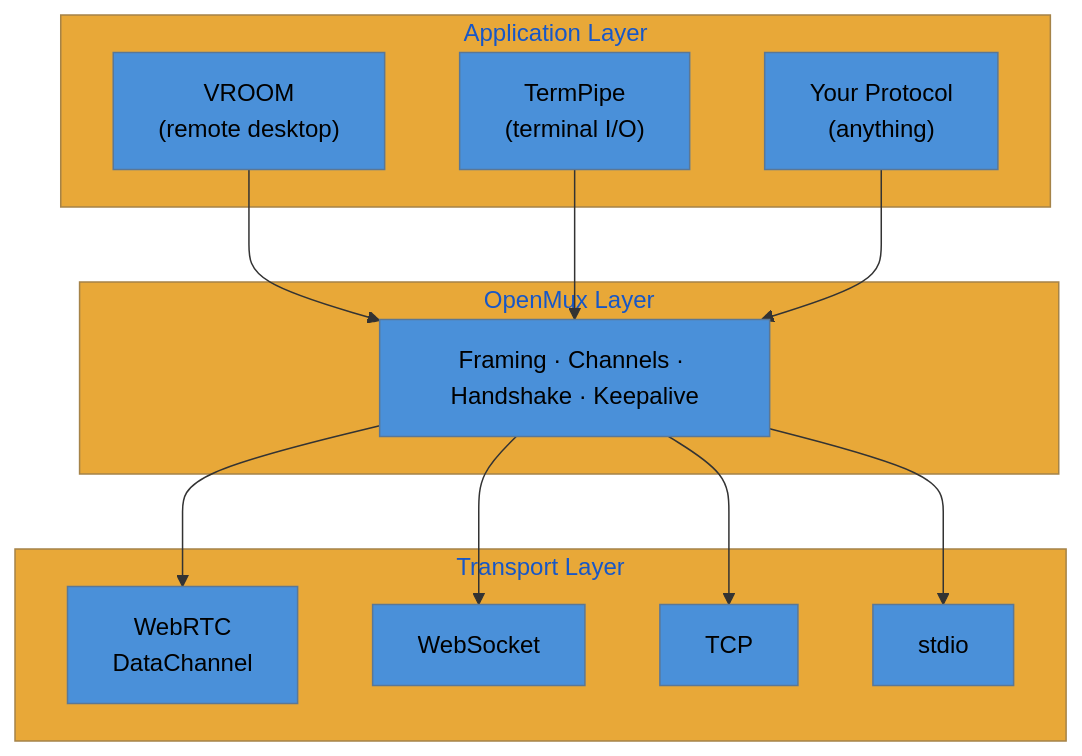
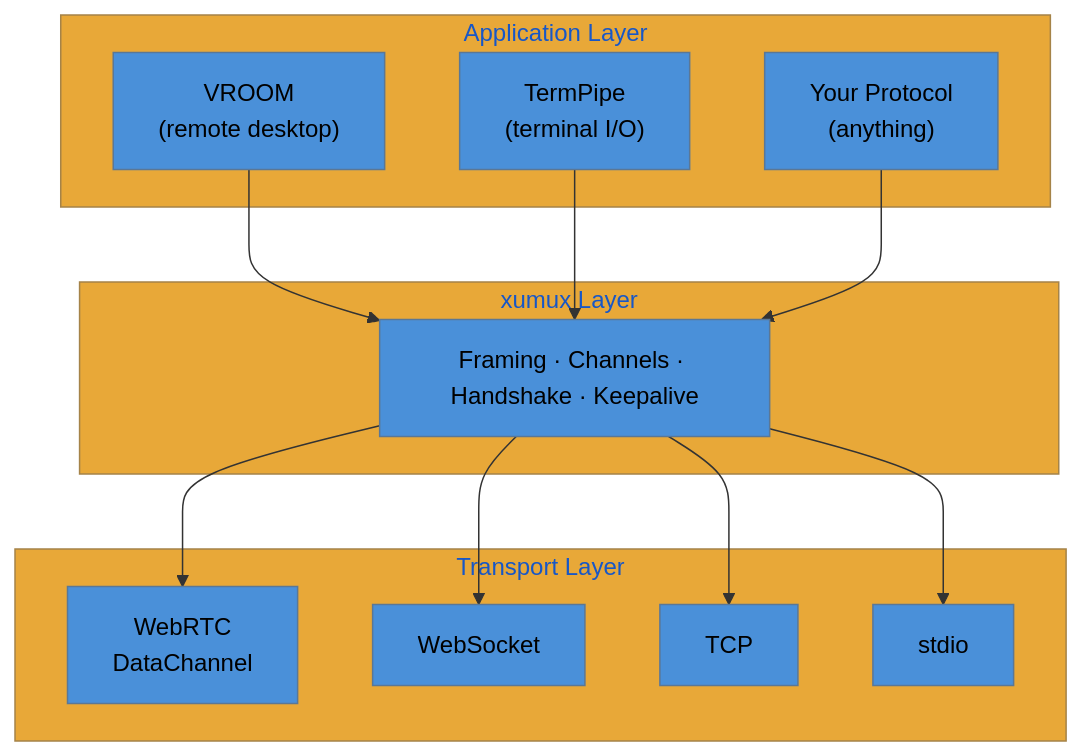
The first of 16 diagrams in README.md (deftai/xumux), drawn with Mermaid before and after one commit. The commit also changed other lines of this file and 11 other files, not shown here.

````diff
--- a/README.md
+++ b/README.md
@@ -15,28 +15,28 @@
 ```mermaid
 %%{init: {'theme': 'base', 'themeVariables': {'primaryColor': '#4a90d9', 'secondaryColor': '#7ab648', 'tertiaryColor': '#e8a838', 'primaryTextColor': '#000', 'lineColor': '#333'}}}%%
 graph TB
     subgraph "Application Layer"
         A1["VROOM<br/>(remote desktop)"]
         A2["TermPipe<br/>(terminal I/O)"]
         A3["Your Protocol<br/>(anything)"]
     end
 
-    subgraph "OpenMux Layer"
+    subgraph "xumux Layer"
         OM["Framing · Channels · Handshake · Keepalive"]
     end
 
     subgraph "Transport Layer"
         T1["WebRTC<br/>DataChannel"]
         T2["WebSocket"]
         T3["TCP"]
         T4["stdio"]
     end
 
     A1 --> OM
     A2 --> OM
     A3 --> OM
     OM --> T1
     OM --> T2
     OM --> T3
     OM --> T4
 ```
````
